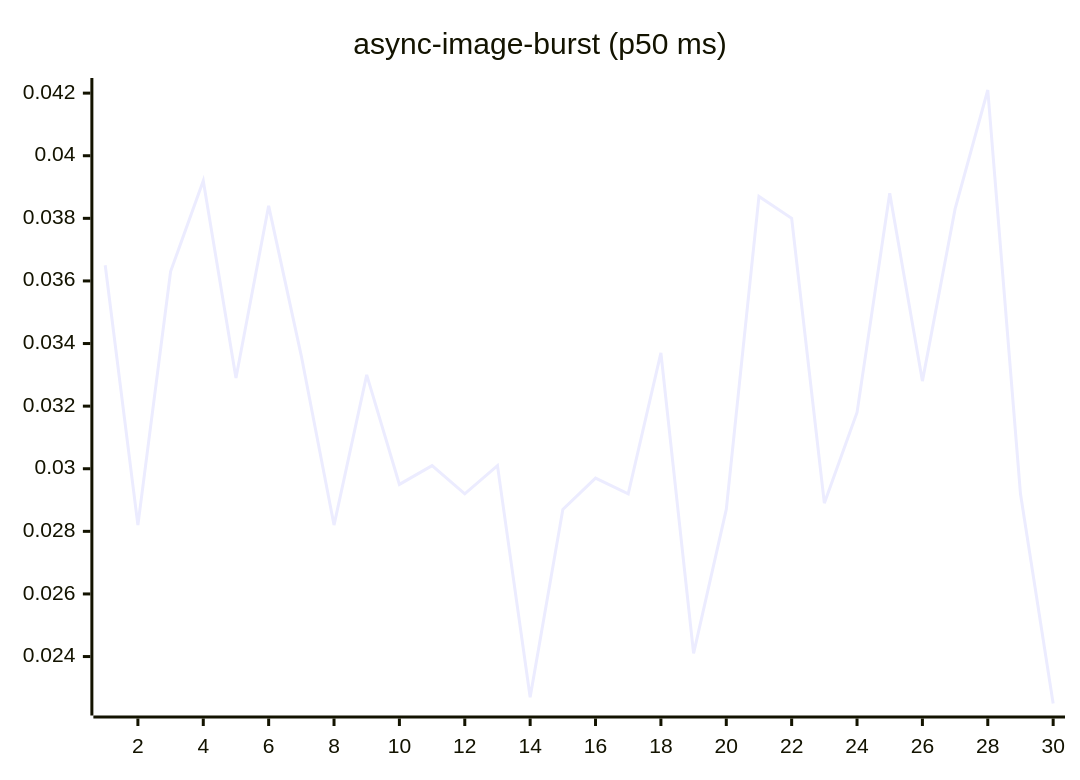
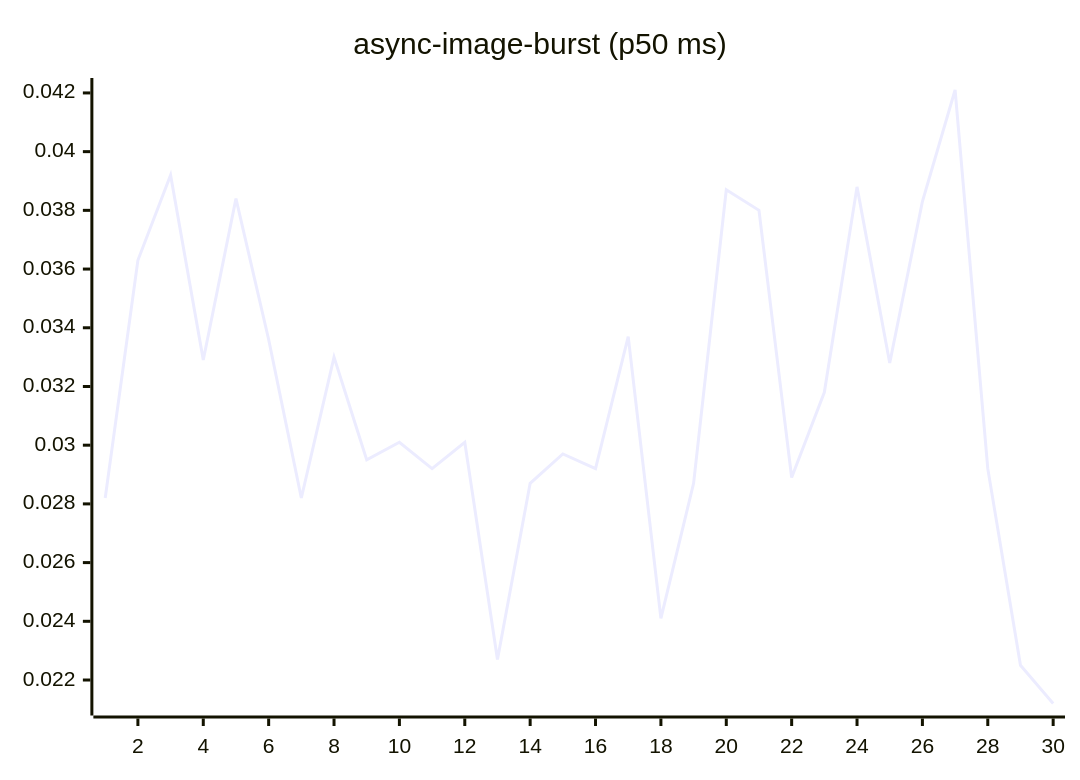
Before and after one commit to josha/Facet: the fourth of 27 diagrams in README.md, drawn with Mermaid. The commit also changed other lines of this file and 2 other files, not shown here.

````diff
--- a/README.md
+++ b/README.md
@@ -84,6 +84,6 @@
 ```mermaid
 xychart-beta
     title "async-image-burst (p50 ms)"
     x-axis 1 --> 30
-    line [0.0365, 0.0282, 0.0363, 0.0392, 0.0329, 0.0384, 0.0336, 0.0282, 0.0330, 0.0295, 0.0301, 0.0292, 0.0301, 0.0227, 0.0287, 0.0297, 0.0292, 0.0337, 0.0241, 0.0287, 0.0387, 0.0380, 0.0289, 0.0318, 0.0388, 0.0328, 0.0383, 0.0421, 0.0292, 0.0225]
+    line [0.0282, 0.0363, 0.0392, 0.0329, 0.0384, 0.0336, 0.0282, 0.0330, 0.0295, 0.0301, 0.0292, 0.0301, 0.0227, 0.0287, 0.0297, 0.0292, 0.0337, 0.0241, 0.0287, 0.0387, 0.0380, 0.0289, 0.0318, 0.0388, 0.0328, 0.0383, 0.0421, 0.0292, 0.0225, 0.0212]
 ```
````
